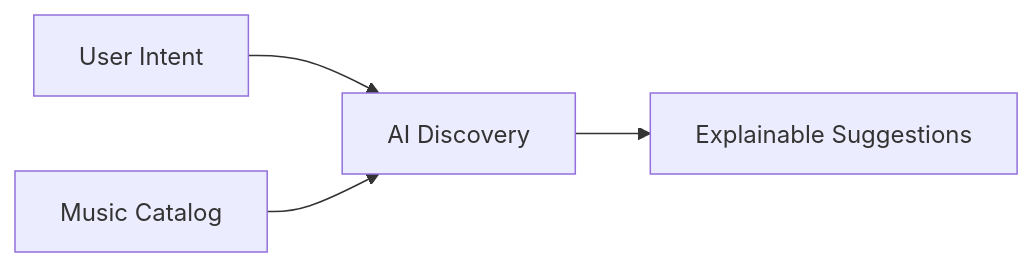
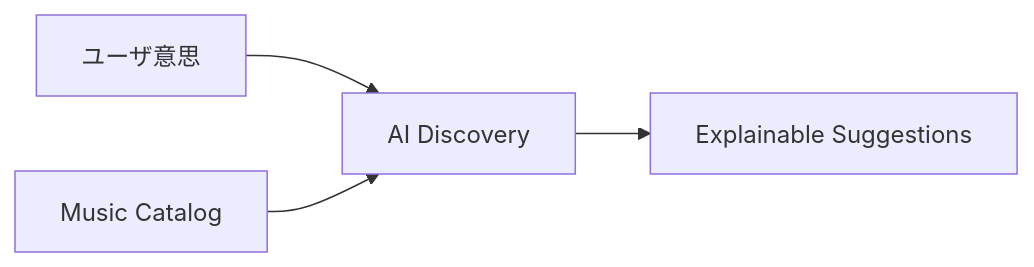
Before and after one commit to ShigeichiroYamasaki/creator-first-platform: diagram 28 of 35 in docs/whitepaper/08-discovery-community.md, drawn with Mermaid. The commit also changed other lines of this file and 67 other files, not shown here.

````diff
--- a/docs/whitepaper/08-discovery-community.md
+++ b/docs/whitepaper/08-discovery-community.md
@@ -950,11 +950,11 @@
 ```mermaid
 flowchart LR
-    USER[User Intent]
+    USER[ユーザ意思]
     AI[AI Discovery]
     CATALOG[Music Catalog]
     RESULT[Explainable Suggestions]
 
     USER --> AI
     CATALOG --> AI
     AI --> RESULT
 ```
````
